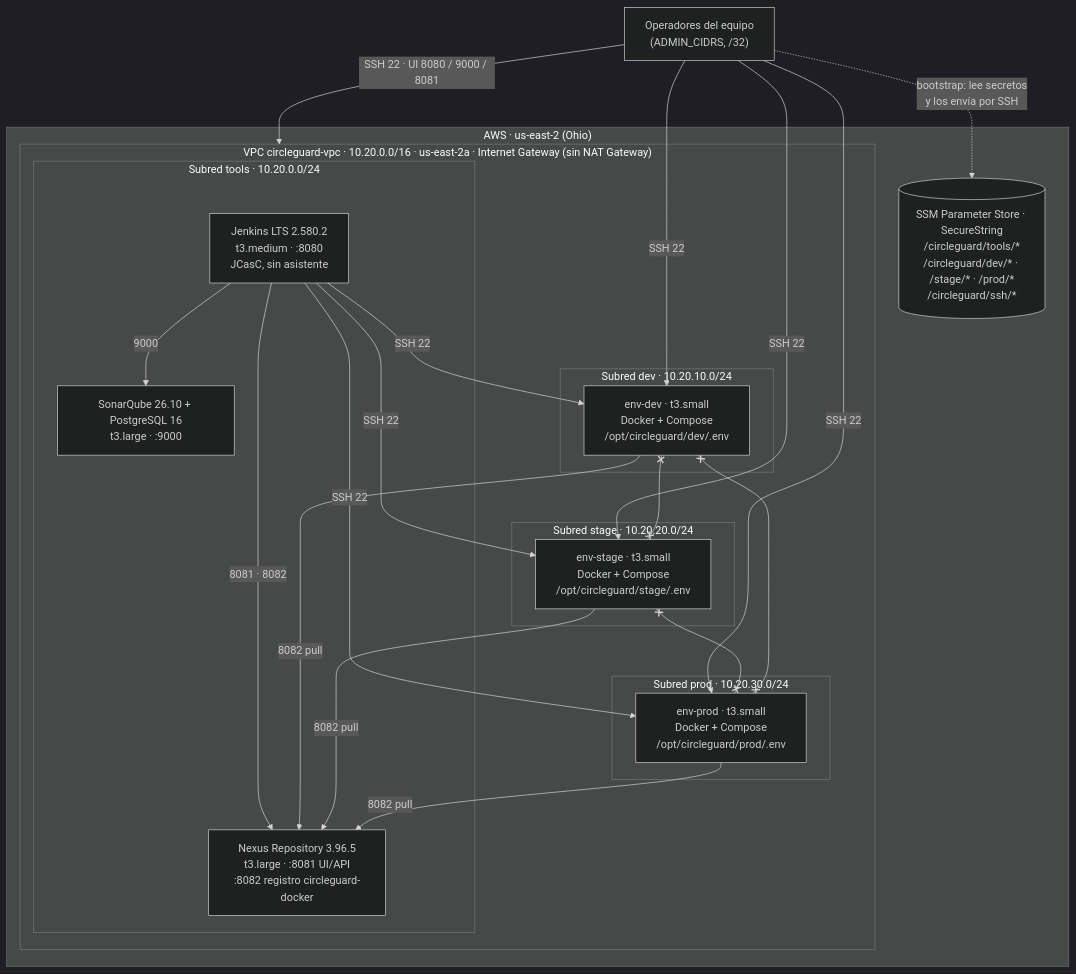
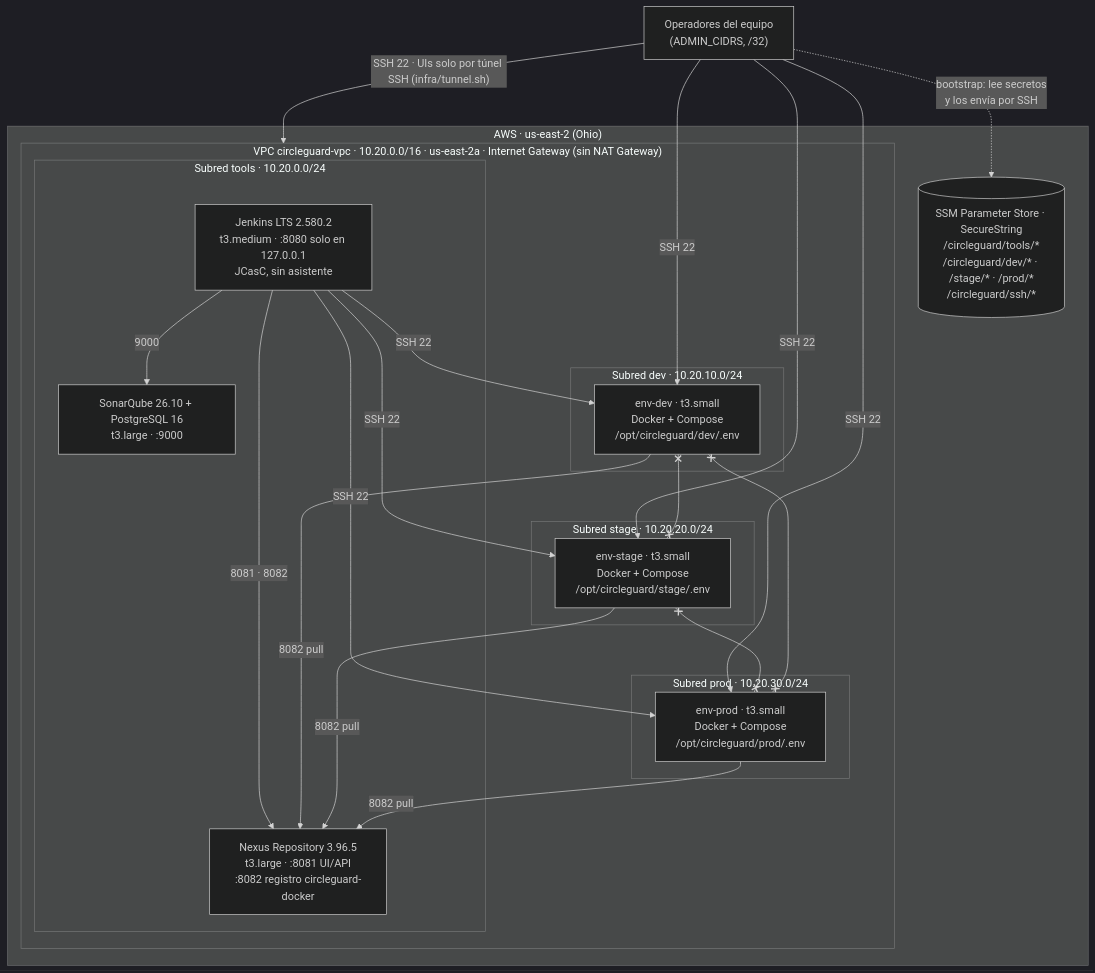
One commit to ingesoft5/circle-guard-finalproject_A00400179_A00399934_A00399492 changed the diagram in docs/arquitectura/infra-ambientes.md. Above: the diagram before and after it, drawn with Mermaid (dark theme). The commit also changed other lines of this file and 28 other files, not shown here.

````diff
--- a/docs/arquitectura/infra-ambientes.md
+++ b/docs/arquitectura/infra-ambientes.md
@@ -7,36 +7,36 @@
 ```mermaid
 flowchart TB
     ops["Operadores del equipo<br/>(ADMIN_CIDRS, /32)"]
 
     subgraph aws["AWS · us-east-2 (Ohio)"]
         ssm[("SSM Parameter Store · SecureString<br/>/circleguard/tools/*<br/>/circleguard/dev/* · /stage/* · /prod/*<br/>/circleguard/ssh/*")]
 
         subgraph vpc["VPC circleguard-vpc · 10.20.0.0/16 · us-east-2a · Internet Gateway (sin NAT Gateway)"]
             subgraph tools["Subred tools · 10.20.0.0/24"]
-                jenkins["Jenkins LTS 2.580.2<br/>t3.medium · :8080<br/>JCasC, sin asistente"]
+                jenkins["Jenkins LTS 2.580.2<br/>t3.medium · :8080 solo en 127.0.0.1<br/>JCasC, sin asistente"]
                 sonar["SonarQube 26.10 + PostgreSQL 16<br/>t3.large · :9000"]
                 nexus["Nexus Repository 3.96.5<br/>t3.large · :8081 UI/API<br/>:8082 registro circleguard-docker"]
             end
             subgraph dev["Subred dev · 10.20.10.0/24"]
                 envdev["env-dev · t3.small<br/>Docker + Compose<br/>/opt/circleguard/dev/.env"]
             end
             subgraph stage["Subred stage · 10.20.20.0/24"]
                 envstage["env-stage · t3.small<br/>Docker + Compose<br/>/opt/circleguard/stage/.env"]
             end
             subgraph prod["Subred prod · 10.20.30.0/24"]
                 envprod["env-prod · t3.small<br/>Docker + Compose<br/>/opt/circleguard/prod/.env"]
             end
         end
     end
 
-    ops -- "SSH 22 · UI 8080 / 9000 / 8081" --> tools
+    ops -- "SSH 22 · UIs solo por túnel SSH (infra/tunnel.sh)" --> tools
     ops -- "SSH 22" --> envdev & envstage & envprod
     ops -. "bootstrap: lee secretos<br/>y los envía por SSH" .-> ssm
     jenkins -- "9000" --> sonar
     jenkins -- "8081 · 8082" --> nexus
     jenkins -- "SSH 22" --> envdev & envstage & envprod
     envdev & envstage & envprod -- "8082 pull" --> nexus
     envdev x--x envstage
     envstage x--x envprod
     envdev x--x envprod
 ```
````
